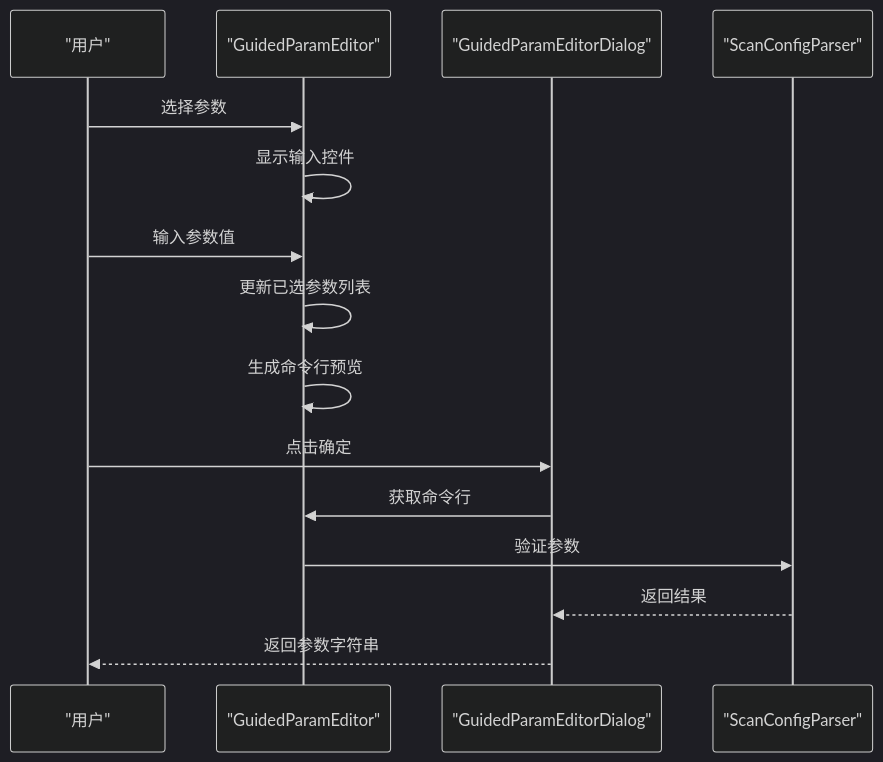
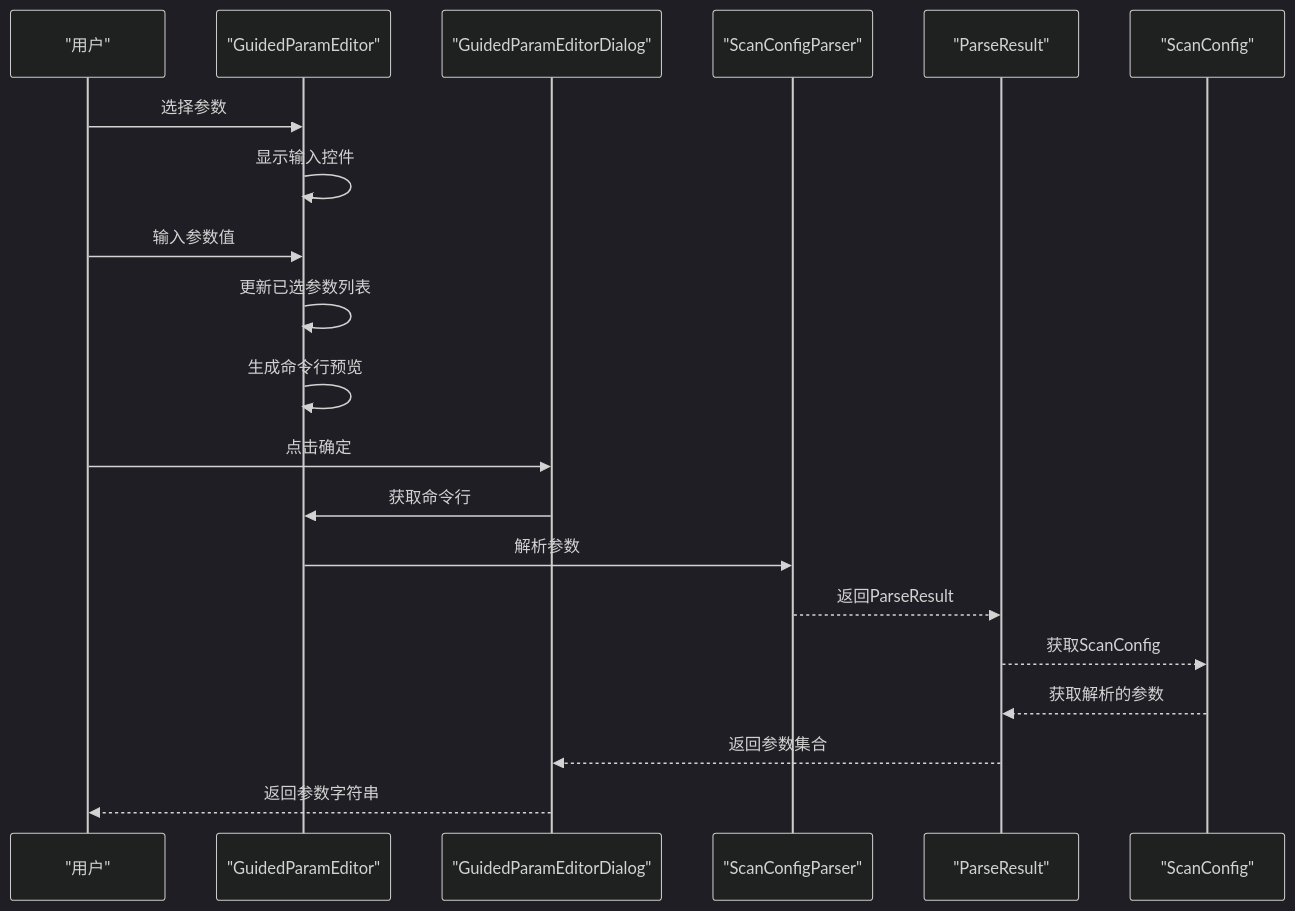
The fourth of 6 diagrams in .qoder/repowiki/zh/content/业务逻辑层/引导式参数编辑器.md (GitHubNull/sqlmapWebUI), drawn with Mermaid (dark theme) before and after one commit. The commit also changed other lines of this file and 14 other files, not shown here.

First line of the commit message:
feat: 添加扫描配置命令行视图及任务状态修复

````diff
--- a/.qoder/repowiki/zh/content/业务逻辑层/引导式参数编辑器.md
+++ b/.qoder/repowiki/zh/content/业务逻辑层/引导式参数编辑器.md
@@ -169,17 +195,22 @@
 ```mermaid
 sequenceDiagram
 participant User as "用户"
 participant Editor as "GuidedParamEditor"
 participant Dialog as "GuidedParamEditorDialog"
 participant Parser as "ScanConfigParser"
+participant Result as "ParseResult"
+participant Config as "ScanConfig"
 User->>Editor : 选择参数
 Editor->>Editor : 显示输入控件
 User->>Editor : 输入参数值
 Editor->>Editor : 更新已选参数列表
 Editor->>Editor : 生成命令行预览
 User->>Dialog : 点击确定
 Dialog->>Editor : 获取命令行
-Editor->>Parser : 验证参数
-Parser-->>Dialog : 返回结果
+Editor->>Parser : 解析参数
+Parser-->>Result : 返回ParseResult
+Result-->>Config : 获取ScanConfig
+Config-->>Result : 获取解析的参数
+Result-->>Dialog : 返回参数集合
 Dialog-->>User : 返回参数字符串
 ```
````
